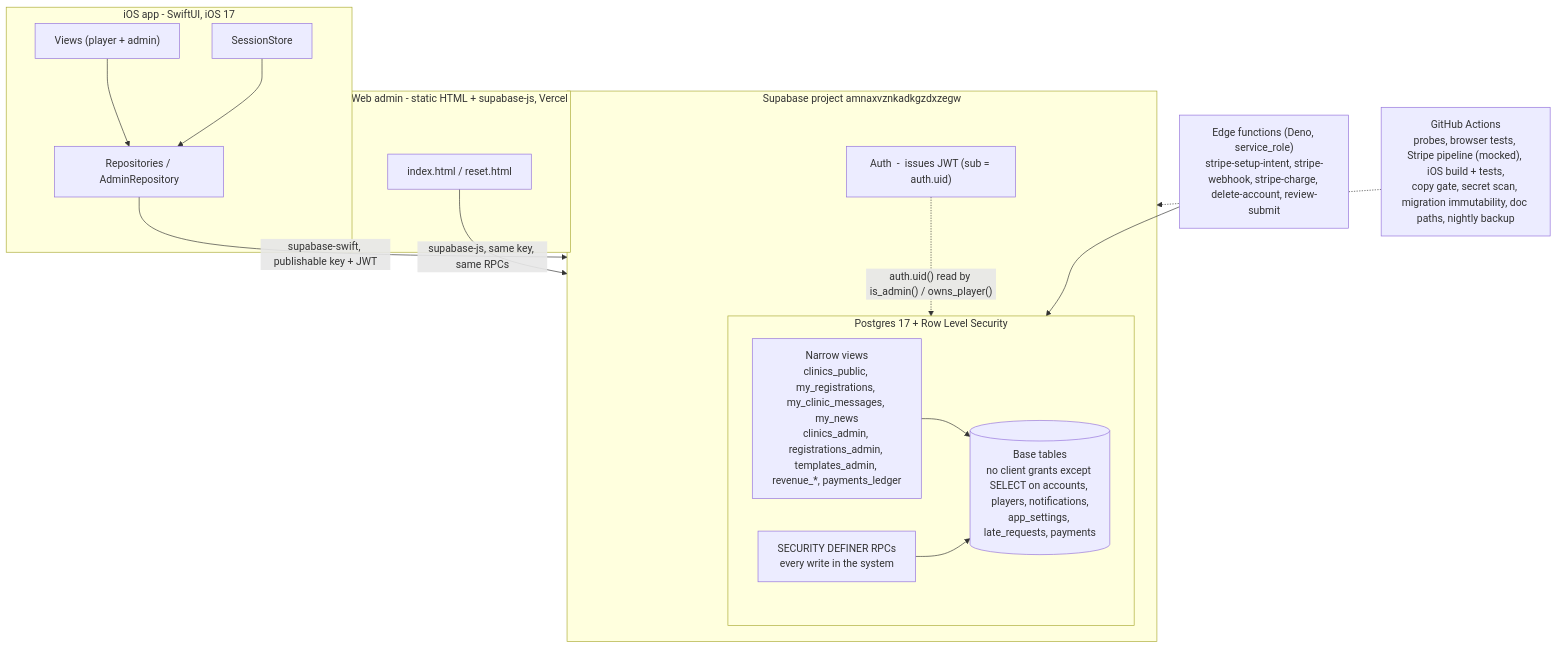
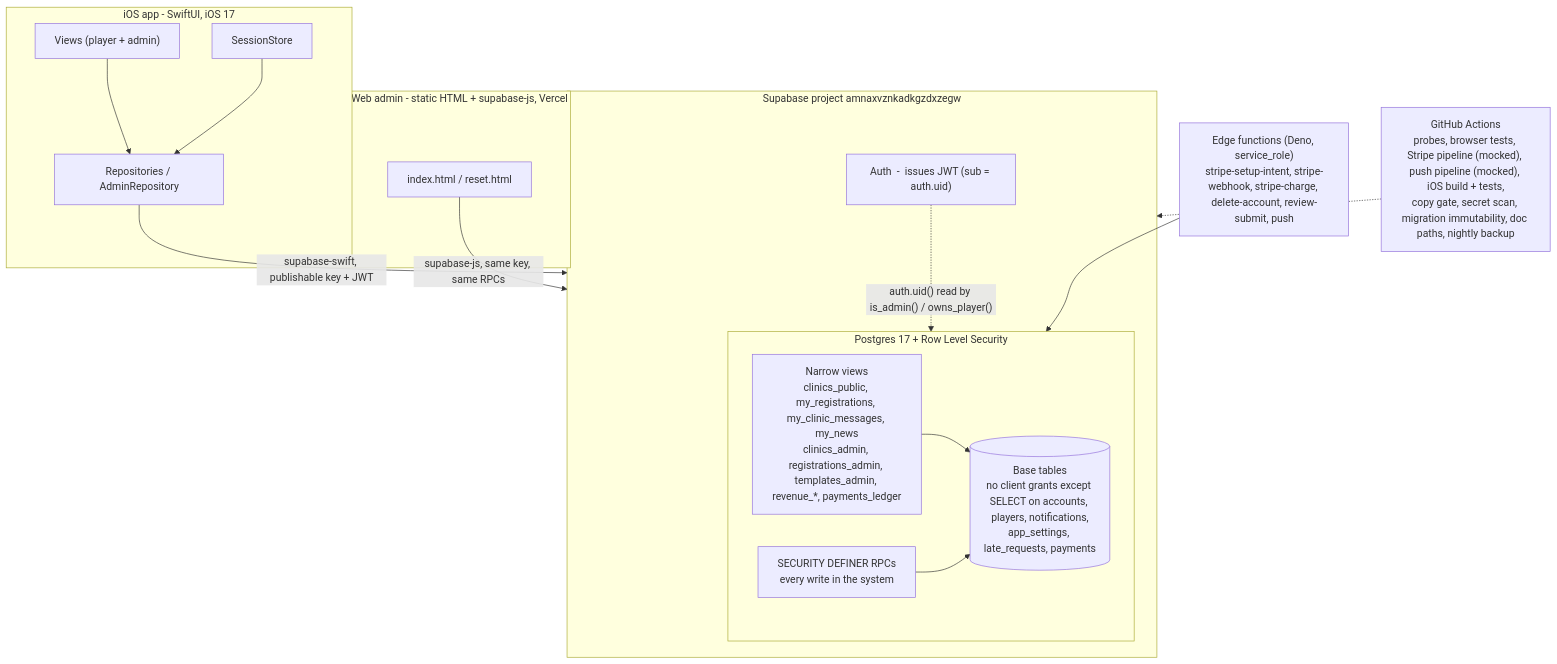
The diagram in docs/architecture.md (Volee-Team/FXE), drawn with Mermaid before and after one commit. The commit also changed other lines of this file and 3 other files, not shown here.

First line of the commit message:
Docs for push delivery: functions README, decision 0008 note, architecture, notifications

````diff
--- a/docs/architecture.md
+++ b/docs/architecture.md
@@ -73,33 +73,33 @@
 ```mermaid
 flowchart TD
     subgraph ios["iOS app  -  SwiftUI, iOS 17"]
         views["Views (player + admin)"]
         session["SessionStore"]
         repos["Repositories / AdminRepository"]
         views --> repos
         session --> repos
     end
 
     subgraph web["Web admin  -  static HTML + supabase-js, Vercel"]
         page["index.html / reset.html"]
     end
 
     repos -->|"supabase-swift, publishable key + JWT"| supa
     page -->|"supabase-js, same key, same RPCs"| supa
 
     subgraph supa["Supabase project amnaxvznkadkgzdxzegw"]
         auth["Auth  -  issues JWT (sub = auth.uid)"]
         subgraph pg["Postgres 17 + Row Level Security"]
             vws["Narrow views<br/>clinics_public, my_registrations, my_clinic_messages, my_news<br/>clinics_admin, registrations_admin, templates_admin, revenue_*, payments_ledger"]
             rpc["SECURITY DEFINER RPCs<br/>every write in the system"]
             tbl[("Base tables<br/>no client grants except SELECT on accounts, players, notifications,<br/>app_settings, late_requests, payments")]
             vws --> tbl
             rpc --> tbl
         end
         auth -.->|"auth.uid() read by is_admin() / owns_player()"| pg
     end
 
-    edge["Edge functions (Deno, service_role)<br/>stripe-setup-intent, stripe-webhook, stripe-charge, delete-account, review-submit"]
+    edge["Edge functions (Deno, service_role)<br/>stripe-setup-intent, stripe-webhook, stripe-charge, delete-account, review-submit, push"]
     edge --> pg
-    gha["GitHub Actions<br/>probes, browser tests, Stripe pipeline (mocked), iOS build + tests,<br/>copy gate, secret scan, migration immutability, doc paths, nightly backup"] -.-> supa
+    gha["GitHub Actions<br/>probes, browser tests, Stripe pipeline (mocked), push pipeline (mocked), iOS build + tests,<br/>copy gate, secret scan, migration immutability, doc paths, nightly backup"] -.-> supa
 ```
````
